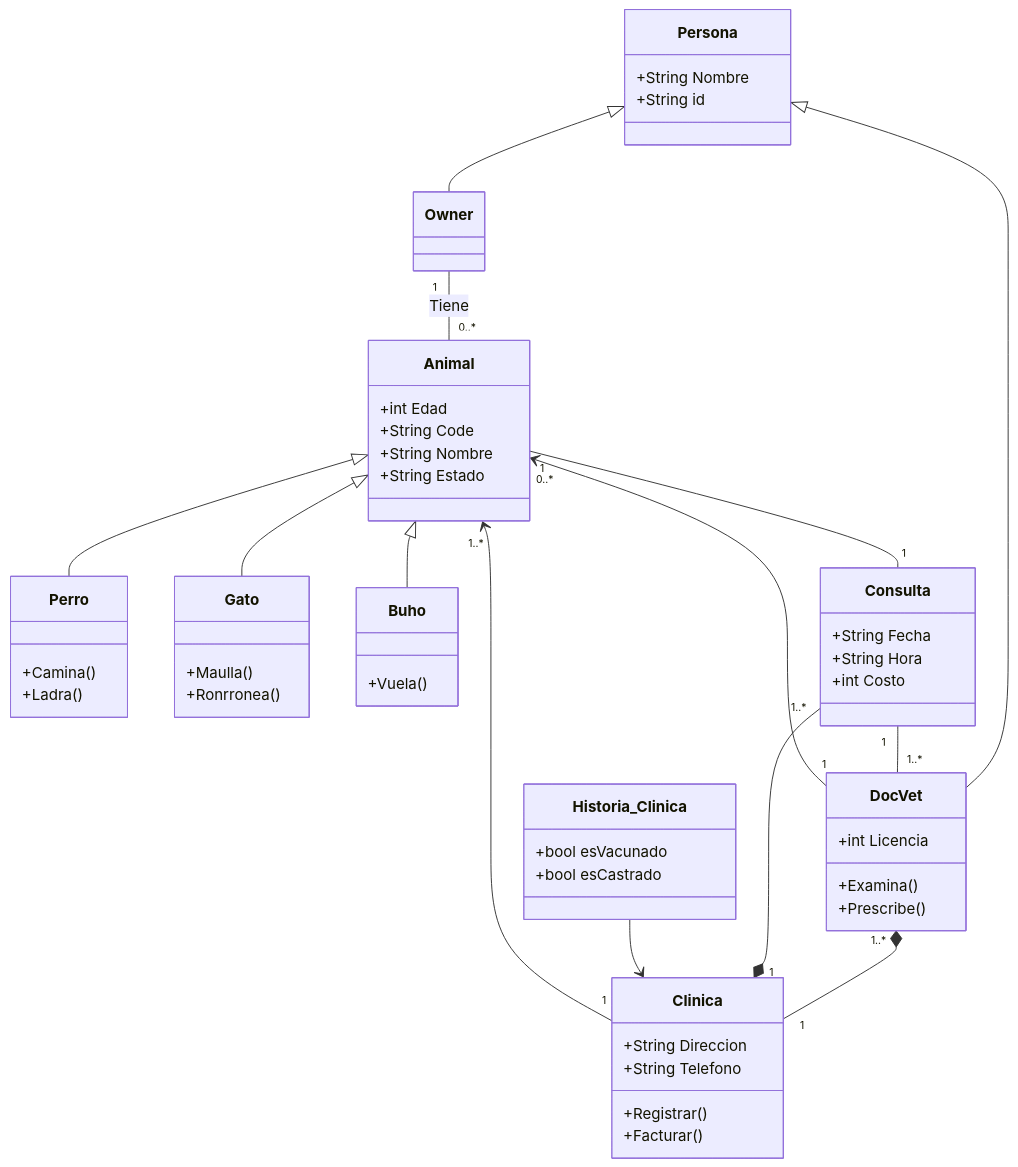
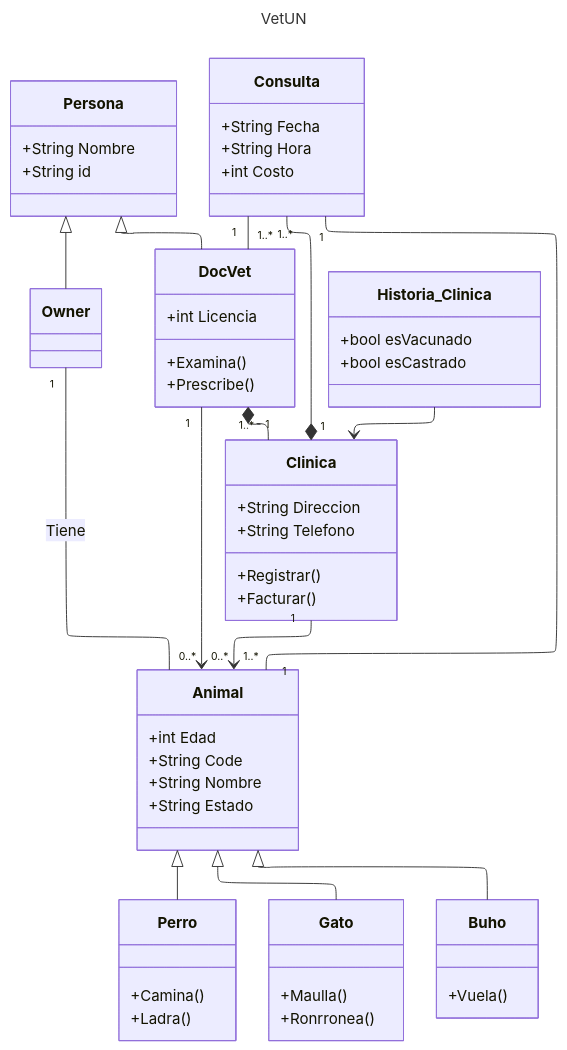
One commit to josalcedog-cpu/POO_Reto-2 changed the diagram in README.md. Above: the diagram before and after it, drawn with Mermaid.

Commit message:
Update README with Mermaid diagram configuration
Add Mermaid configuration for class diagram visualization

````diff
--- a/README.md
+++ b/README.md
@@ -13,71 +13,76 @@
 ```mermaid
+---
+config:
+  layout: elk
+title: VetUN
+---
 classDiagram
     direction TB
 
     class Animal {
         +int Edad
         +String Code
         +String Nombre
         +String Estado
     }
 
     class Perro {
         +Camina()
         +Ladra()
     }
 
     class Gato {
         +Maulla()
         +Ronrronea()
     }
 
     class Buho {
         +Vuela()
     }
 
     class Persona {
         +String Nombre
         +String id
     }
 
     class Owner {
     }
 
     class DocVet {
         +int Licencia
         +Examina()
         +Prescribe()
     }
 
     class Consulta {
         +String Fecha
         +String Hora
         +int Costo
     }
 
     class Historia_Clinica {
         +bool esVacunado
         +bool esCastrado
     }
 
     class Clinica {
         +String Direccion
         +String Telefono
         +Registrar()
         +Facturar()
     }
 
     Animal <|-- Gato
     Animal <|-- Perro
     Animal <|-- Buho
     Persona <|-- DocVet
     Persona <|-- Owner
     DocVet "1..*" *-- "1" Clinica
     DocVet "1" --> "0..*" Animal
     Clinica "1" --> "1..*" Animal
     Consulta "1..*" --* "1" Clinica
     Animal "1" -- "1" Consulta
     Historia_Clinica --> Clinica
     Consulta "1" -- "1..*" DocVet
     Owner "1" -- "0..*" Animal : Tiene
 ```
````
